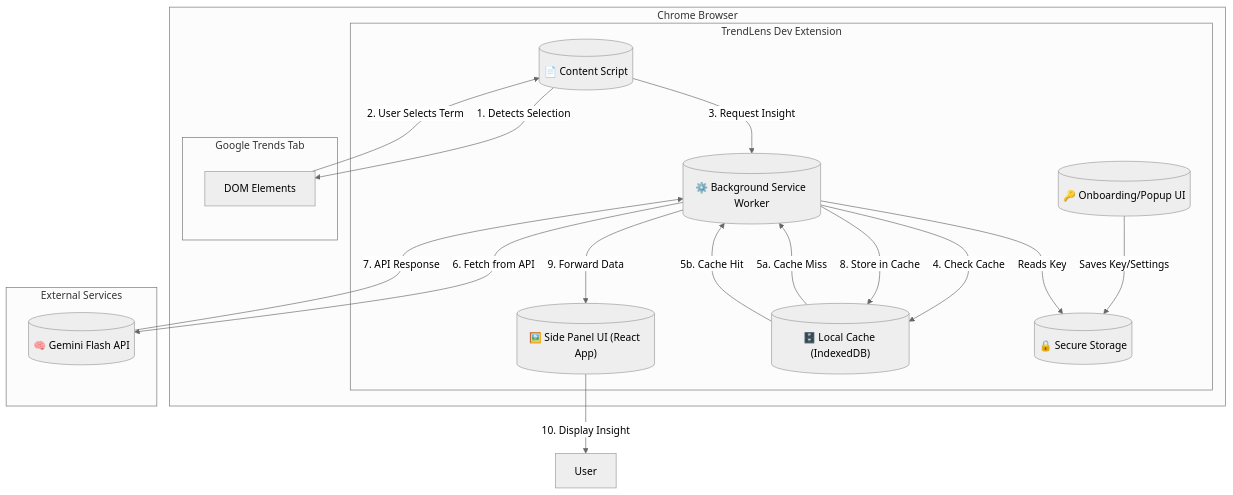
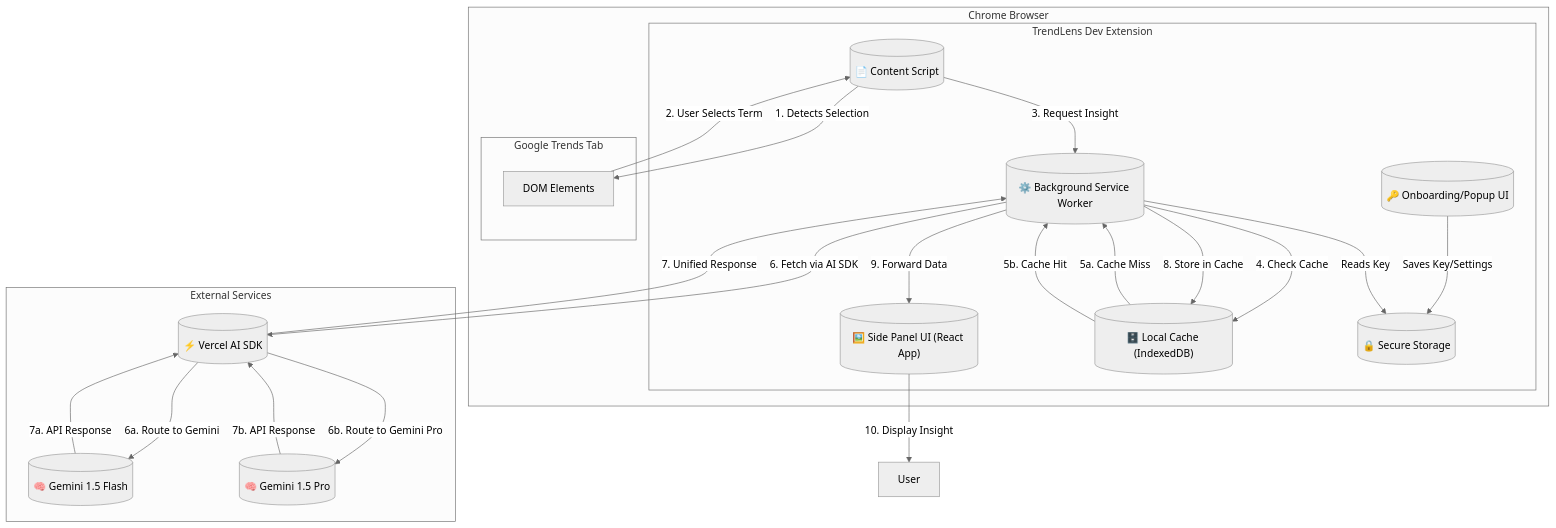
Before and after one commit to wweggplant/LexiTrend: the diagram in docs/arch.md, drawn with Mermaid (neutral theme). The commit also changed other lines of this file and 138 other files, not shown here.

````diff
--- a/docs/arch.md
+++ b/docs/arch.md
@@ -7,35 +7,41 @@
 ```mermaid
 graph TD
     subgraph Browser["Chrome Browser"]
         subgraph TrendLensExtension["TrendLens Dev Extension"]
             CS[("📄 Content Script")]
             BG[("⚙️ Background Service Worker")]
             SP[("🖼️ Side Panel UI (React App)")]
             POP[("🔑 Onboarding/Popup UI")]
             CACHE[("🗄️ Local Cache (IndexedDB)")]
             STORE[("🔒 Secure Storage")]
         end
         subgraph GoogleTrendsPage["Google Trends Tab"]
             GTI["DOM Elements"]
         end
     end
 
     subgraph ExternalServices["External Services"]
-        Gemini[("🧠 Gemini Flash API")]
+        VercelAI[("⚡️ Vercel AI SDK")]
+        Gemini[("🧠 Gemini 1.5 Flash")]
+        GeminiPro[("🧠 Gemini 1.5 Pro")]
     end
 
     %% Interactions
     CS -- "1. Detects Selection" --> GTI
     GTI -- "2. User Selects Term" --> CS
     CS -- "3. Request Insight" --> BG
     BG -- "4. Check Cache" --> CACHE
     CACHE -- "5a. Cache Miss" --> BG
-    BG -- "6. Fetch from API" --> Gemini
-    Gemini -- "7. API Response" --> BG
+    BG -- "6. Fetch via AI SDK" --> VercelAI
+    VercelAI -- "6a. Route to Gemini" --> Gemini
+    VercelAI -- "6b. Route to Gemini Pro" --> GeminiPro
+    Gemini -- "7a. API Response" --> VercelAI
+    GeminiPro -- "7b. API Response" --> VercelAI
+    VercelAI -- "7. Unified Response" --> BG
     BG -- "8. Store in Cache" --> CACHE
     BG -- "9. Forward Data" --> SP
     CACHE -- "5b. Cache Hit" --> BG
     SP -- "10. Display Insight" --> User
     POP -- "Saves Key/Settings" --> STORE
     BG -- "Reads Key" --> STORE
 ```
````
